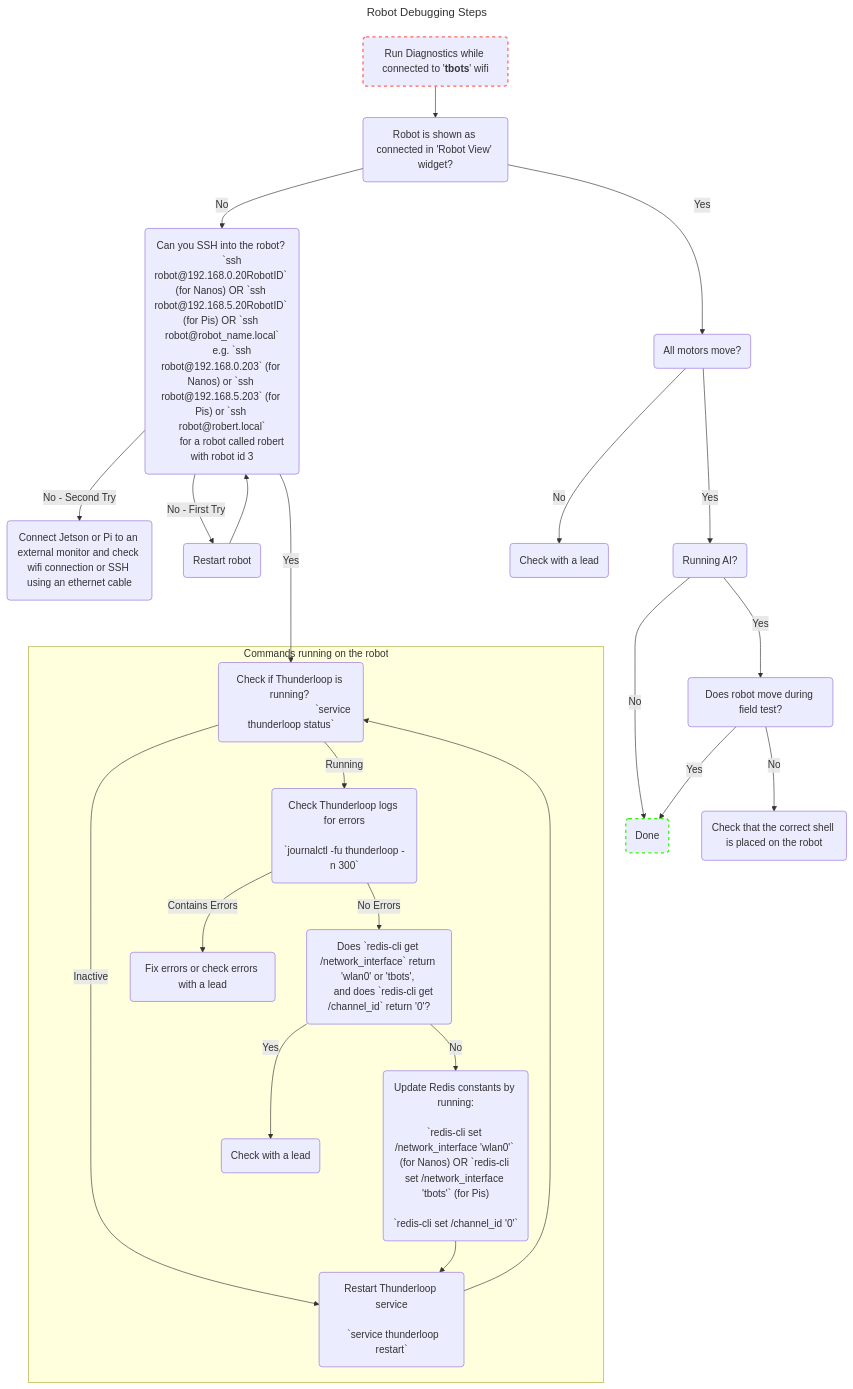
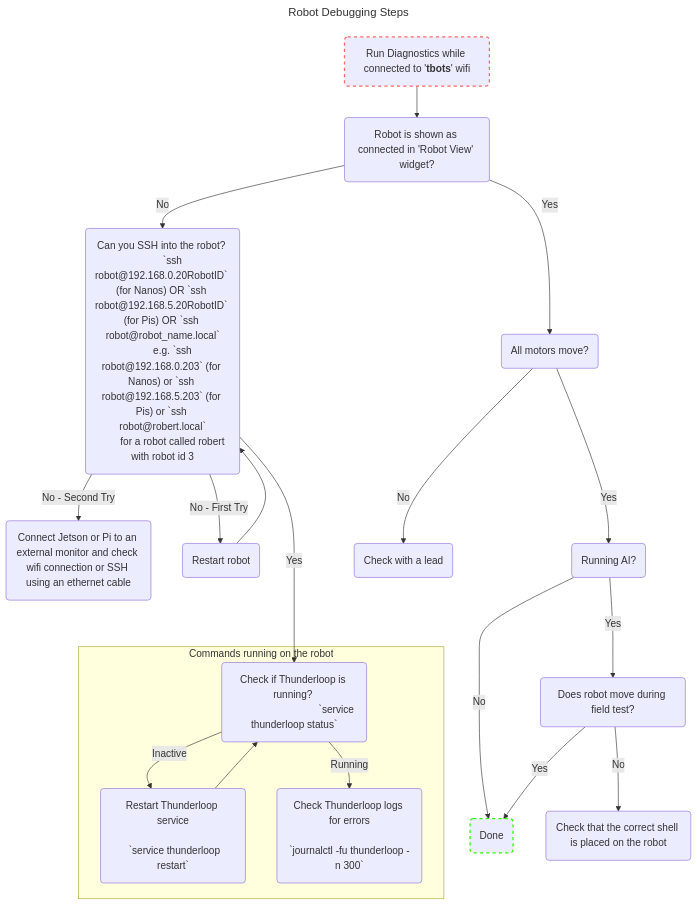
Before and after one commit to UBC-Thunderbots/Software: the diagram in docs/useful-robot-commands.md, drawn with Mermaid. The commit also changed other lines of this file and 4 other files, not shown here.

````diff
--- a/docs/useful-robot-commands.md
+++ b/docs/useful-robot-commands.md
@@ -29,48 +28,40 @@
 ```mermaid
 ---
 title: Robot Debugging Steps
 ---
 flowchart TD
     ssh("Can you SSH into the robot? 
         `ssh robot@192.168.0.20RobotID` (for Nanos) OR `ssh robot@192.168.5.20RobotID` (for Pis) OR `ssh robot@robot_name.local`
         e.g. `ssh robot@192.168.0.203` (for Nanos) or `ssh robot@192.168.5.203` (for Pis) or `ssh robot@robert.local`
         for a robot called robert with robot id 3")
     ssh ---> |Yes| tloop_status
     ssh --> |No - Second Try| monitor("Connect Jetson or Pi to an external monitor and check wifi connection or SSH using an ethernet cable")
     ssh --> |No - First Try| restart(Restart robot)
     restart --> ssh
 
     diagnostics("`Run Diagnostics while connected to '**tbots**' wifi`") --> robot_view
     robot_view(Robot is shown as connected in 'Robot View' widget?) --> |Yes| check_motors(All motors move?)
     style diagnostics stroke:#f66,stroke-width:2px,stroke-dasharray: 5 5
 
     check_motors -->|Yes| field_test(Running AI?)
     field_test -->|No| done(Done)
     style done stroke:#30fa02,stroke-width:2px,stroke-dasharray: 5 5
     field_test -->|Yes| field_test_moves(Does robot move during field test?)
     field_test_moves --> |No| check_shell("`Check that the correct shell is placed on the robot`")
     check_shell
     field_test_moves --> |Yes| done
 
     robot_view --> |No| ssh
     check_motors -->|No| rip
     rip(Check with a lead)
                   
     subgraph ssh_graph [Commands running on the robot]
     tloop_status(Check if Thunderloop is running? 
                                `service thunderloop status`)
     tloop_status --> |Inactive| tloop_restart(Restart Thunderloop service
                                               `service thunderloop restart`)
     tloop_status --> |Running| tloop_logs(Check Thunderloop logs for errors
                                           `journalctl -fu thunderloop -n 300`)
-    tloop_logs --> |No Errors| check_redis(Does `redis-cli get /network_interface` return 'wlan0' or 'tbots', 
-    and does `redis-cli get /channel_id` return '0'?)
-    tloop_logs --> |Contains Errors| rip2("Fix errors or check errors with a lead")
-    check_redis --> |No| update_redis("Update Redis constants by running:
-                                      `redis-cli set /network_interface 'wlan0'` (for Nanos) OR `redis-cli set /network_interface 'tbots'` (for Pis)
-                                      `redis-cli set /channel_id '0'`")
-    check_redis --> |Yes| rip3(Check with a lead)
-    update_redis --> tloop_restart
     tloop_restart --> tloop_status
     end
 ```
````
